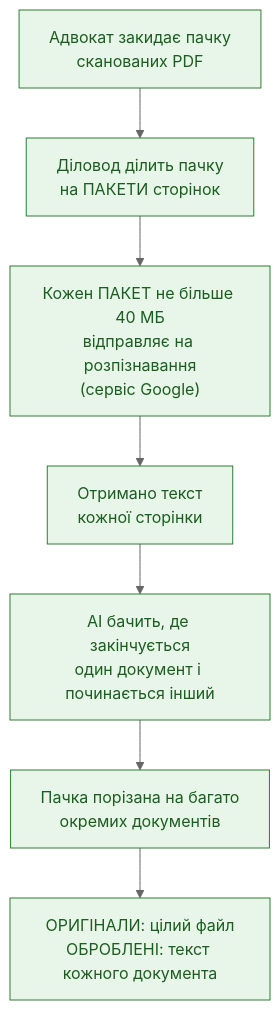
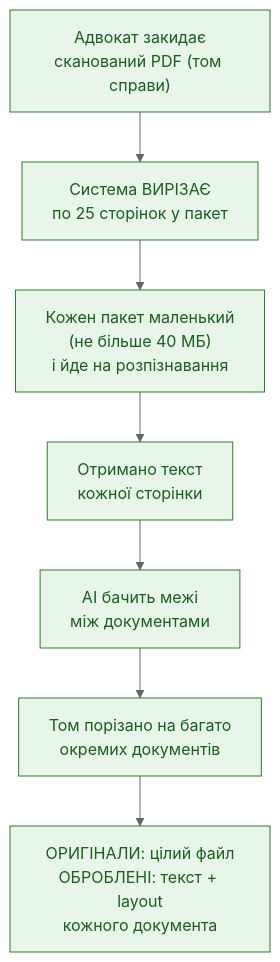
The first of 5 diagrams in docs/mermaid/flow_dp_regression_40mb_diagnosis.md (vadymlevyt/registry), drawn with Mermaid (neutral theme) before and after one commit. The commit also changed other lines of this file and 1 other file, not shown here.

First line of the commit message:
docs: поправка діагнозу — корінь регресії нарізки = стиснення PDF, не floor

````diff
--- a/docs/mermaid/flow_dp_regression_40mb_diagnosis.md
+++ b/docs/mermaid/flow_dp_regression_40mb_diagnosis.md
@@ -16,12 +22,12 @@
 ```mermaid
 flowchart TD
-    A["Адвокат закидає пачку<br/>сканованих PDF"] --> B["Діловод ділить пачку<br/>на ПАКЕТИ сторінок"]
-    B --> C["Кожен ПАКЕТ не більше 40 МБ<br/>відправляє на розпізнавання<br/>(сервіс Google)"]
+    A["Адвокат закидає<br/>сканований PDF (том справи)"] --> B["Система ВИРІЗАЄ<br/>по 25 сторінок у пакет"]
+    B --> C["Кожен пакет маленький<br/>(не більше 40 МБ)<br/>і йде на розпізнавання"]
     C --> D["Отримано текст<br/>кожної сторінки"]
-    D --> E["AI бачить, де закінчується<br/>один документ і починається інший"]
-    E --> F["Пачка порізана на багато<br/>окремих документів"]
-    F --> G["ОРИГІНАЛИ: цілий файл<br/>ОБРОБЛЕНІ: текст кожного документа"]
+    D --> E["AI бачить межі<br/>між документами"]
+    E --> F["Том порізано на багато<br/>окремих документів"]
+    F --> G["ОРИГІНАЛИ: цілий файл<br/>ОБРОБЛЕНІ: текст + layout<br/>кожного документа"]
 
     classDef ok fill:#e8f5e9,stroke:#2e7d32,color:#1b5e20;
     class A,B,C,D,E,F,G ok;
 ```
````
